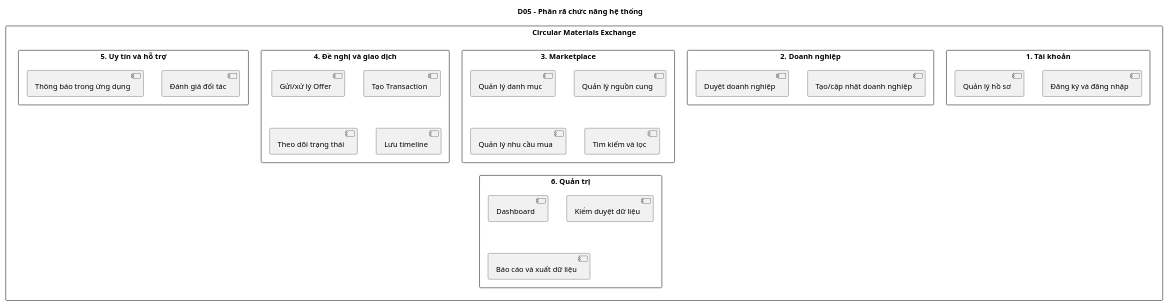
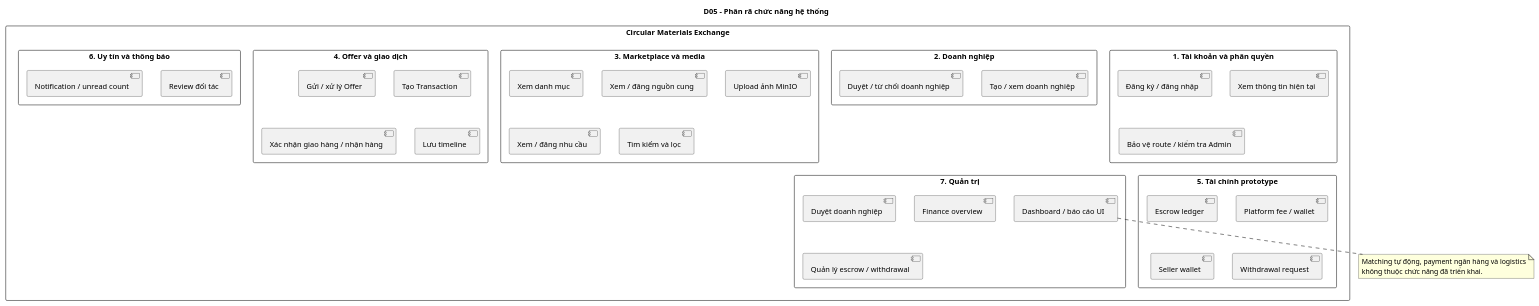
Before and after one commit to NguyetNgaLe/Circular-Materials-Exchange: the diagram in project-submission/04-diagrams/chapter-03-requirements/D05-functional-decomposition.puml, drawn with PlantUML. The commit also changed 129 other files, not shown here.

```diff
--- a/project-submission/04-diagrams/chapter-03-requirements/D05-functional-decomposition.puml
+++ b/project-submission/04-diagrams/chapter-03-requirements/D05-functional-decomposition.puml
@@ -1,41 +1,56 @@
 @startuml
 title D05 - Phân rã chức năng hệ thống
 skinparam packageStyle rectangle
 
 package "Circular Materials Exchange" {
-  package "1. Tài khoản" {
-    [Đăng ký và đăng nhập]
-    [Quản lý hồ sơ]
+  package "1. Tài khoản và phân quyền" {
+    [Đăng ký / đăng nhập]
+    [Xem thông tin hiện tại]
+    [Bảo vệ route / kiểm tra Admin]
   }
 
   package "2. Doanh nghiệp" {
-    [Tạo/cập nhật doanh nghiệp]
-    [Duyệt doanh nghiệp]
+    [Tạo / xem doanh nghiệp]
+    [Duyệt / từ chối doanh nghiệp]
   }
 
-  package "3. Marketplace" {
-    [Quản lý danh mục]
-    [Quản lý nguồn cung]
-    [Quản lý nhu cầu mua]
+  package "3. Marketplace và media" {
+    [Xem danh mục]
+    [Xem / đăng nguồn cung]
+    [Upload ảnh MinIO]
+    [Xem / đăng nhu cầu]
     [Tìm kiếm và lọc]
   }
 
-  package "4. Đề nghị và giao dịch" {
-    [Gửi/xử lý Offer]
+  package "4. Offer và giao dịch" {
+    [Gửi / xử lý Offer]
     [Tạo Transaction]
-    [Theo dõi trạng thái]
+    [Xác nhận giao hàng / nhận hàng]
     [Lưu timeline]
   }
 
-  package "5. Uy tín và hỗ trợ" {
-    [Đánh giá đối tác]
-    [Thông báo trong ứng dụng]
+  package "5. Tài chính prototype" {
+    [Escrow ledger]
+    [Platform fee / wallet]
+    [Seller wallet]
+    [Withdrawal request]
   }
 
-  package "6. Quản trị" {
-    [Dashboard]
-    [Kiểm duyệt dữ liệu]
-    [Báo cáo và xuất dữ liệu]
+  package "6. Uy tín và thông báo" {
+    [Review đối tác]
+    [Notification / unread count]
+  }
+
+  package "7. Quản trị" {
+    [Duyệt doanh nghiệp]
+    [Finance overview]
+    [Quản lý escrow / withdrawal]
+    [Dashboard / báo cáo UI]
   }
 }
+
+note bottom
+  Matching tự động, payment ngân hàng và logistics
+  không thuộc chức năng đã triển khai.
+end note
 @enduml
```
